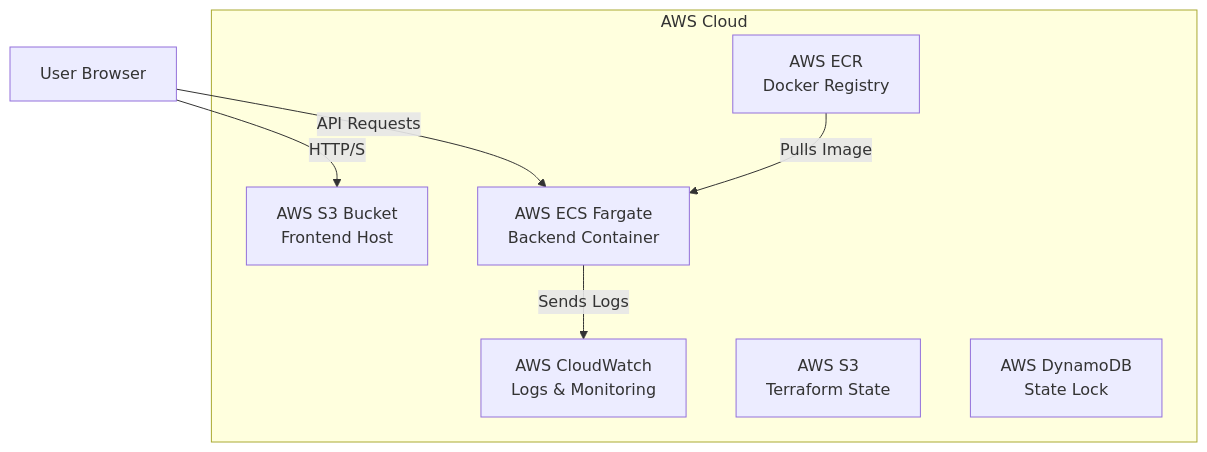
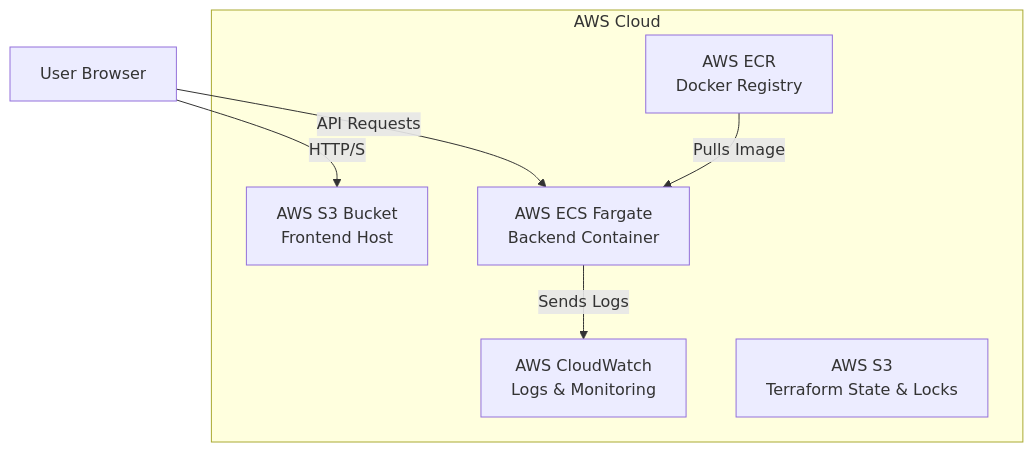
The diagram in README.md (vermavaishnav70/DevOps), drawn with Mermaid before and after one commit. The commit also changed other lines of this file and 1 other file, not shown here.

Commit message:
refactor: migrate Terraform state locking from DynamoDB to native S3 lockfiles and simplify CI/CD output handling

````diff
--- a/README.md
+++ b/README.md
@@ -13,15 +13,14 @@
 ```mermaid
 graph TD
     Client[User Browser] -->|HTTP/S| S3[AWS S3 Bucket<br>Frontend Host]
     Client -->|API Requests| ECS[AWS ECS Fargate<br>Backend Container]
     
     subgraph AWS Cloud
         S3
         ECS
         ECR[AWS ECR<br>Docker Registry] -->|Pulls Image| ECS
         CloudWatch[AWS CloudWatch<br>Logs & Monitoring]
         ECS -->|Sends Logs| CloudWatch
-        TF_S3[AWS S3<br>Terraform State]
-        TF_DDB[AWS DynamoDB<br>State Lock]
+        TF_S3[AWS S3<br>Terraform State & Locks]
     end
 ```
````
